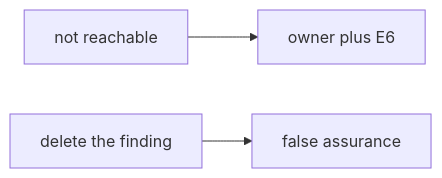
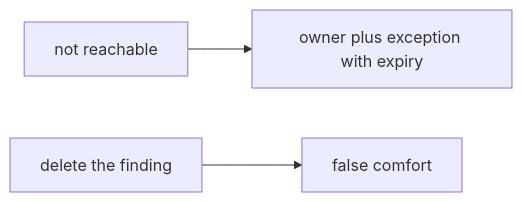
One commit to ishitvagoel/LearnSecurity changed the second of 2 diagrams in content/modules/9/9.4/lessons/02-model.md. Above: the diagram before and after it, drawn with Mermaid. The commit also changed other lines of this file and 39 other files, not shown here.

````diff
--- a/content/modules/9/9.4/lessons/02-model.md
+++ b/content/modules/9/9.4/lessons/02-model.md
@@ -24,5 +27,5 @@
 ```mermaid
 flowchart LR
-  Reach[not reachable] --> Note[owner plus E6]
-  Silent[delete the finding] --> False[false assurance]
+  Reach[not reachable] --> Note[owner plus exception with expiry]
+  Silent[delete the finding] --> False[false comfort]
 ```
````
